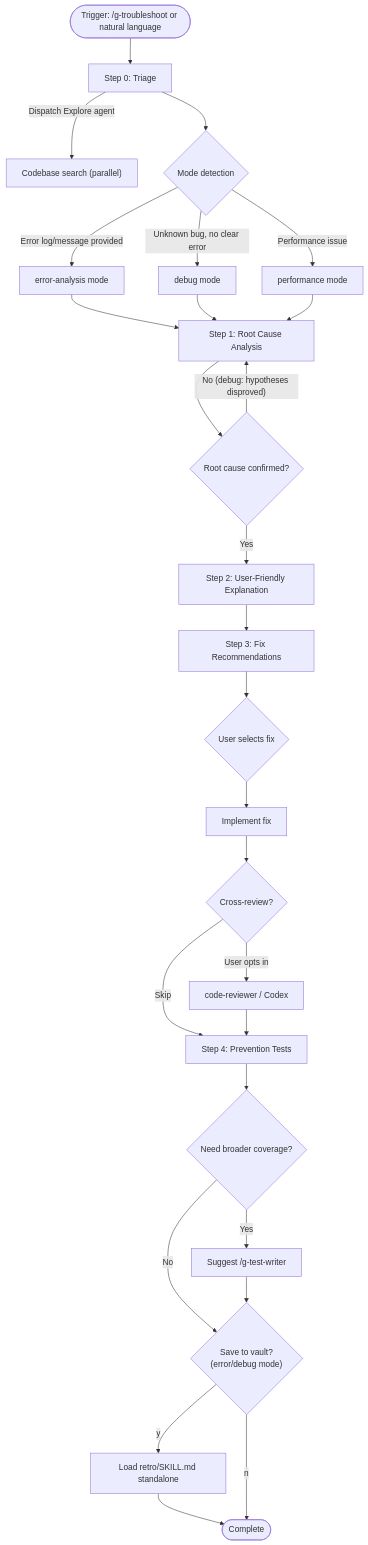
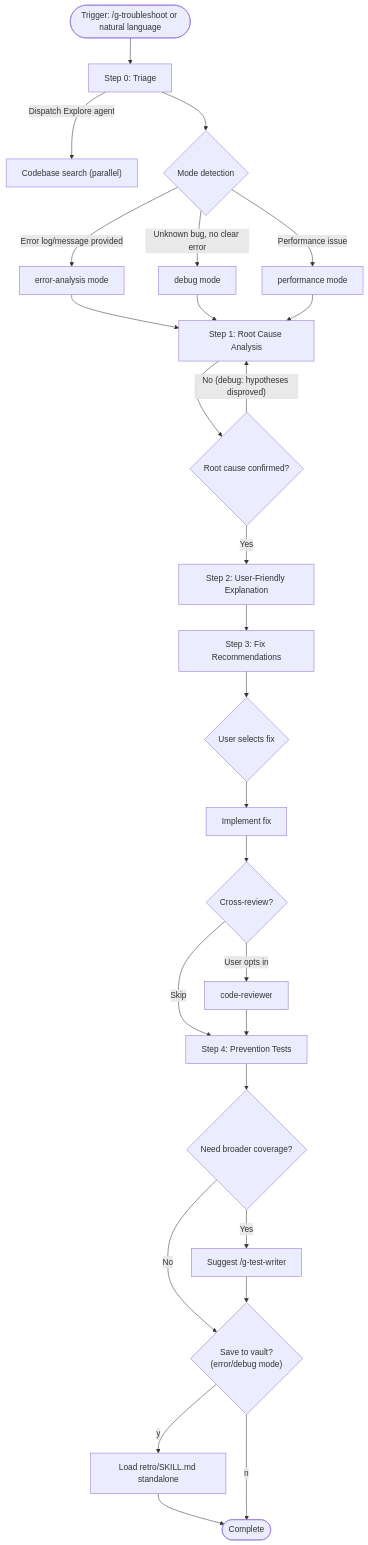
One commit to gloriaJun/grimoire changed the diagram in skills/dev/tools/troubleshoot/SKILL.md. Above: the diagram before and after it, drawn with Mermaid. The commit also changed other lines of this file and 37 other files, not shown here.

````diff
--- a/skills/dev/tools/troubleshoot/SKILL.md
+++ b/skills/dev/tools/troubleshoot/SKILL.md
@@ -19,30 +19,30 @@
 ```mermaid
 flowchart TD
     A(["Trigger: /g-troubleshoot or natural language"]) --> B["Step 0: Triage"]
     B --> |"Dispatch Explore agent"| B2["Codebase search (parallel)"]
     B --> C{"Mode detection"}
     C -- "Error log/message provided" --> D["error-analysis mode"]
     C -- "Unknown bug, no clear error" --> E["debug mode"]
     C -- "Performance issue" --> F["performance mode"]
 
     D --> G["Step 1: Root Cause Analysis"]
     E --> G
     F --> G
 
     G --> H{"Root cause confirmed?"}
     H -- "No (debug: hypotheses disproved)" --> G
     H -- "Yes" --> I["Step 2: User-Friendly Explanation"]
     I --> J["Step 3: Fix Recommendations"]
     J --> K{"User selects fix"}
     K --> L["Implement fix"]
     L --> M{"Cross-review?"}
-    M -- "User opts in" --> N["code-reviewer / Codex"]
+    M -- "User opts in" --> N["code-reviewer"]
     M -- "Skip" --> O["Step 4: Prevention Tests"]
     N --> O
     O --> P{"Need broader coverage?"}
     P -- "No" --> Q{"Save to vault?\n(error/debug mode)"}
     P -- "Yes" --> R["Suggest /g-test-writer"]
     R --> Q
     Q -- "y" --> S["Load retro/SKILL.md standalone"] --> T(["Complete"])
     Q -- "n" --> T
 ```
````
